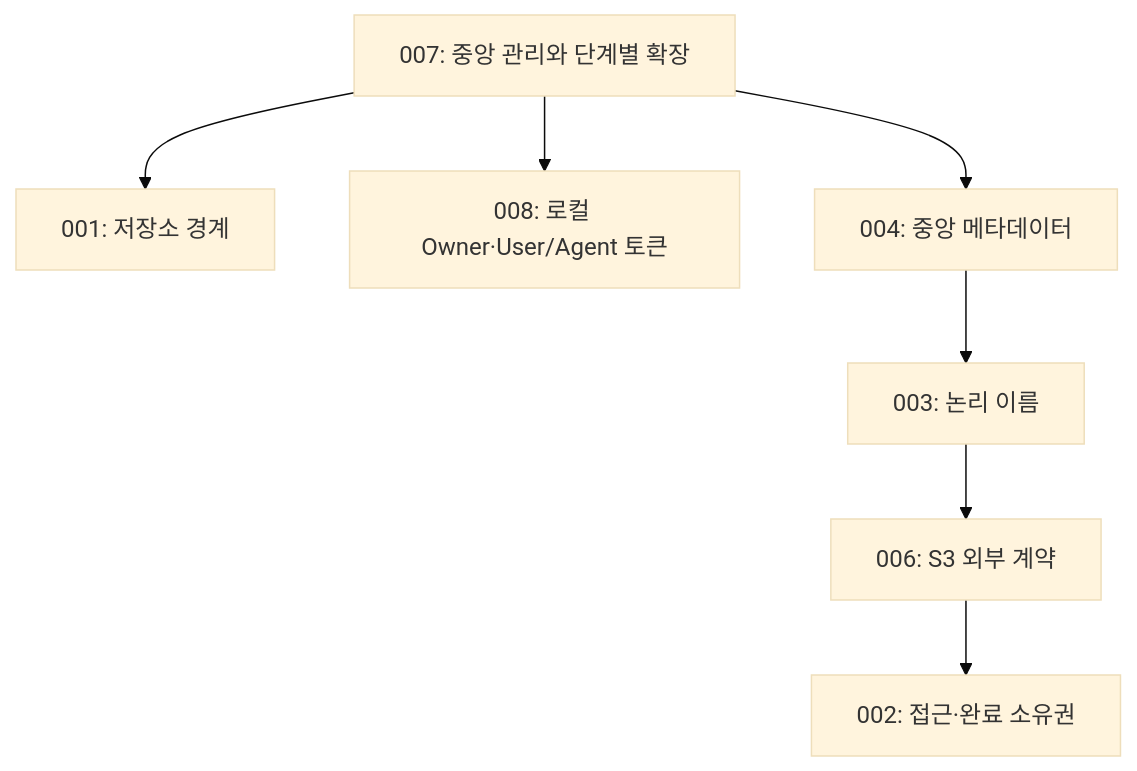
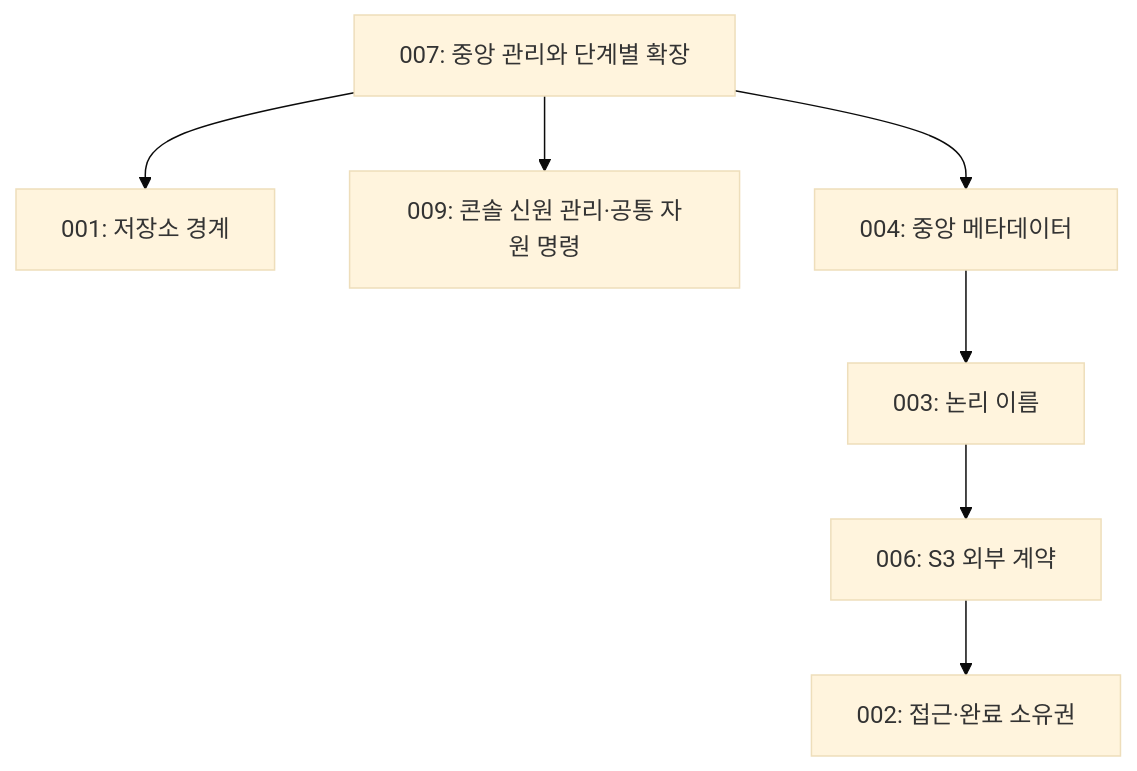
Before and after one commit to cagojeiger/grove-storage: the diagram in docs/adr/README.md, drawn with Mermaid (base theme). The commit also changed other lines of this file and 8 other files, not shown here.

````diff
--- a/docs/adr/README.md
+++ b/docs/adr/README.md
@@ -8,9 +8,9 @@
 ```mermaid
 flowchart TD
     G["007: 중앙 관리와 단계별 확장"] --> S["001: 저장소 경계"]
-    G --> I["008: 로컬 Owner·User/Agent 토큰"]
+    G --> I["009: 콘솔 신원 관리·공통 자원 명령"]
     G --> M["004: 중앙 메타데이터"]
     M --> N["003: 논리 이름"]
     N --> A["006: S3 외부 계약"]
     A --> R["002: 접근·완료 소유권"]
 ```
````
